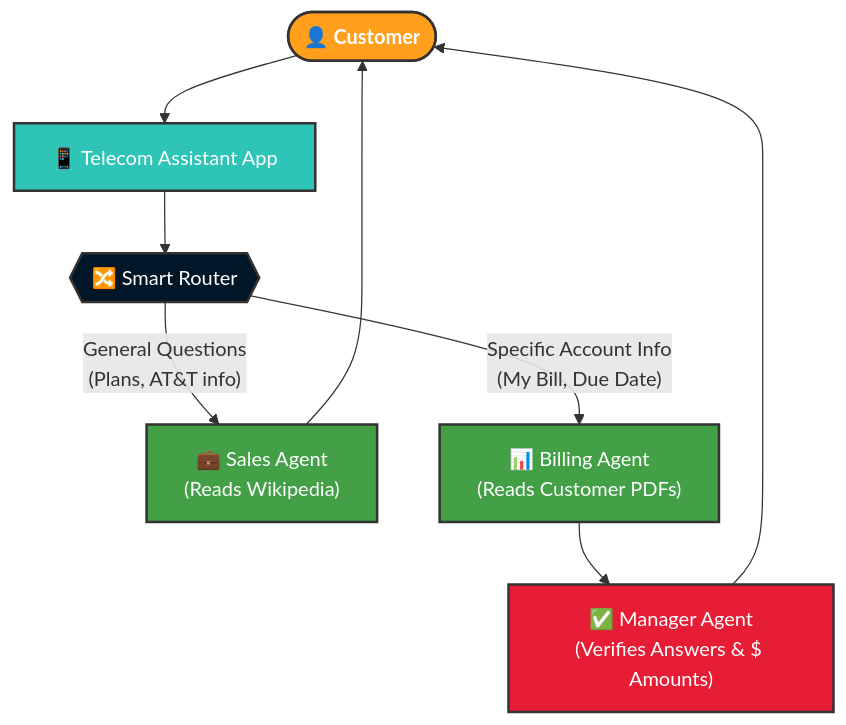
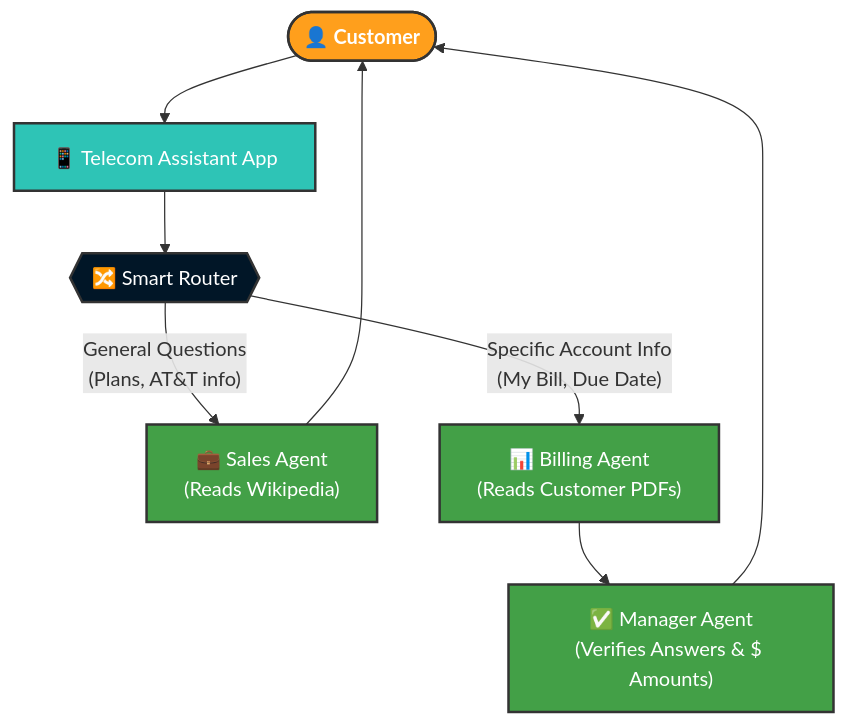
One commit to satbecse/telecom-billing-agentic-ai changed the first of 2 diagrams in README.md. Above: the diagram before and after it, drawn with Mermaid. The commit also changed other lines of this file, not shown here.

Commit message:
docs: Refine MemoryNode routing and Manager Agent color in architecture diagram

````diff
--- a/README.md
+++ b/README.md
@@ -22,20 +22,20 @@
 ```mermaid
 graph TD
     %% Styling
     classDef user fill:#FF9F1C,stroke:#333,stroke-width:2px,color:#fff,font-weight:bold
     classDef app fill:#2EC4B6,stroke:#333,stroke-width:2px,color:#fff
     classDef router fill:#011627,stroke:#333,stroke-width:2px,color:#fff,shape:hexagon
     classDef agent fill:#43A047,stroke:#333,stroke-width:2px,color:#fff,shape:rect
     classDef manager fill:#E71D36,stroke:#333,stroke-width:2px,color:#fff,shape:rect
 
     User([👤 Customer]):::user --> App[📱 Telecom Assistant App]:::app
     App --> Router{{🔀 Smart Router}}:::router
     
     Router -- "General Questions\n(Plans, AT&T info)" --> Sales["💼 Sales Agent\n(Reads Wikipedia)"]:::agent
     Router -- "Specific Account Info\n(My Bill, Due Date)" --> Billing["📊 Billing Agent\n(Reads Customer PDFs)"]:::agent
     
     Sales --> User
-    Billing --> QA["✅ Manager Agent\n(Verifies Answers & $ Amounts)"]:::manager
+    Billing --> QA["✅ Manager Agent\n(Verifies Answers & $ Amounts)"]:::agent
     
     QA --> User
 ```
````
